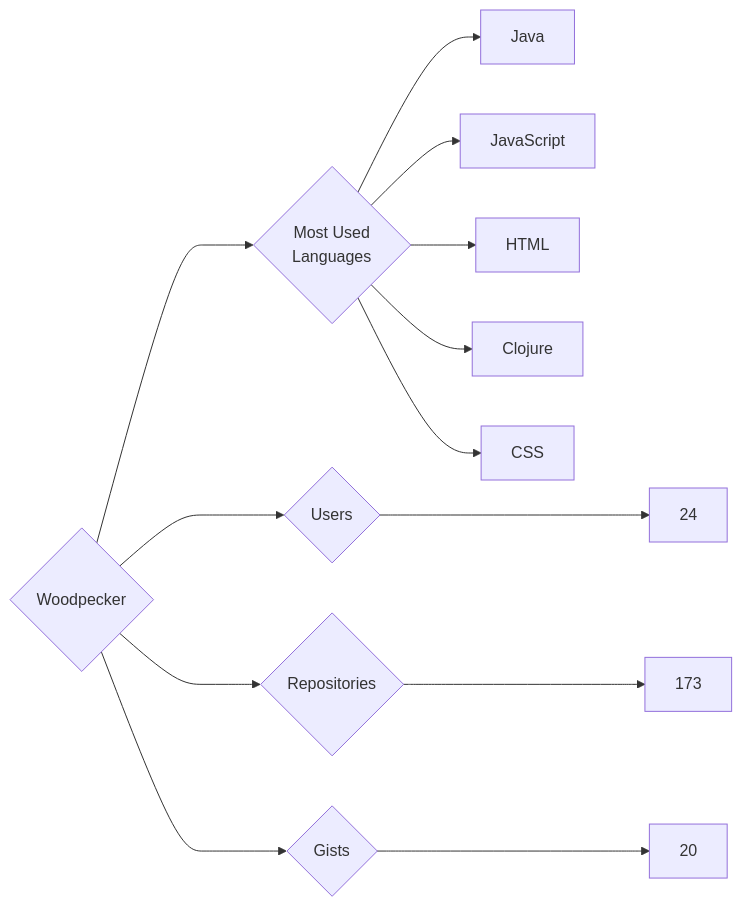
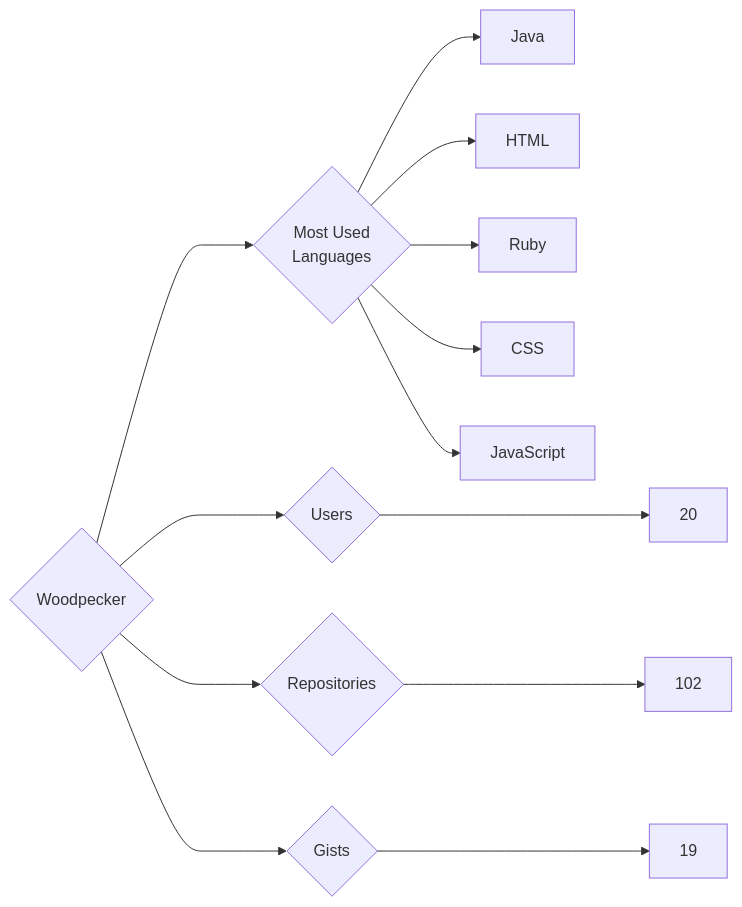
Before and after one commit to trickest/insiders: the diagram in targets/Woodpecker/README.md, drawn with Mermaid. The commit also changed 928 other files, not shown here.

````diff
--- a/targets/Woodpecker/README.md
+++ b/targets/Woodpecker/README.md
@@ -3,13 +3,13 @@
 ```mermaid
 graph LR
 COMPANY_NAME{Woodpecker}
-COMPANY_NAME ---> U{Users} ---> UN[24]
-COMPANY_NAME ---> R{Repositories} ---> RN[173]
-COMPANY_NAME ---> G{Gists} ---> GN[20]
+COMPANY_NAME ---> U{Users} ---> UN[20]
+COMPANY_NAME ---> R{Repositories} ---> RN[102]
+COMPANY_NAME ---> G{Gists} ---> GN[19]
 COMPANY_NAME ---> ML{Most Used<br>Languages}
 ML --> Java[Java]
+ML --> HTML[HTML]
+ML --> Ruby[Ruby]
+ML --> CSS[CSS]
 ML --> JavaScript[JavaScript]
-ML --> HTML[HTML]
-ML --> Clojure[Clojure]
-ML --> CSS[CSS]
 ```
````
